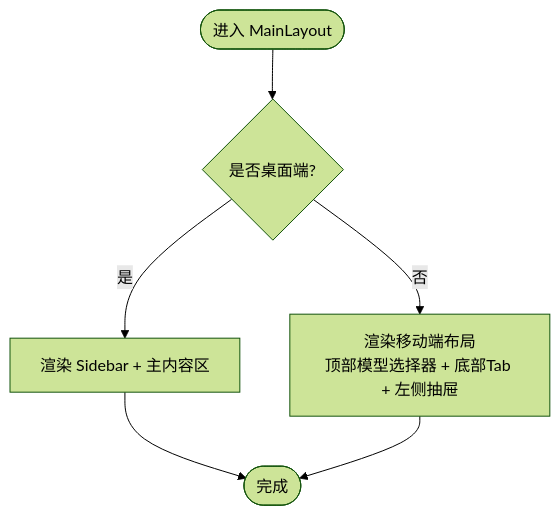
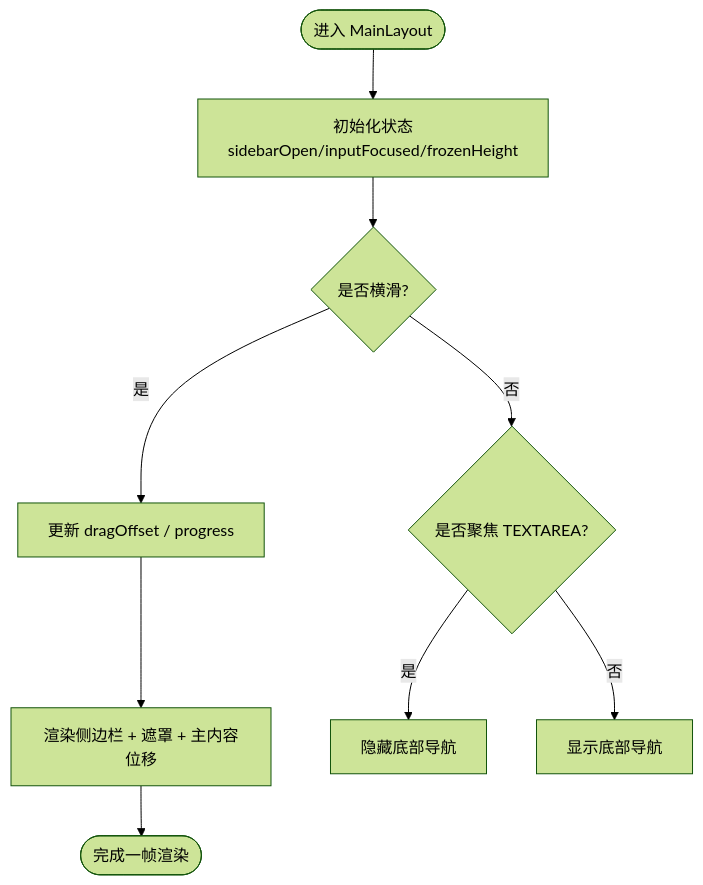
The third of 7 diagrams in .qoder/repowiki/zh/content/核心组件/核心组件.md (billye220670/AIShop), drawn with Mermaid (forest theme) before and after one commit. The commit also changed other lines of this file and 135 other files, not shown here.

````diff
--- a/.qoder/repowiki/zh/content/核心组件/核心组件.md
+++ b/.qoder/repowiki/zh/content/核心组件/核心组件.md
@@ -159,8 +129,11 @@
 ```mermaid
 flowchart TD
-Start(["进入 MainLayout"]) --> CheckDesktop{"是否桌面端?"}
-CheckDesktop --> |是| Desktop["渲染 Sidebar + 主内容区"]
-CheckDesktop --> |否| Mobile["渲染移动端布局<br/>顶部模型选择器 + 底部Tab + 左侧抽屉"]
-Desktop --> End(["完成"])
-Mobile --> End
+Start(["进入 MainLayout"]) --> Init["初始化状态<br/>sidebarOpen/inputFocused/frozenHeight"]
+Init --> Swipe{"是否横滑?"}
+Swipe -- 是 --> Update["更新 dragOffset / progress"]
+Update --> Render["渲染侧边栏 + 遮罩 + 主内容位移"]
+Swipe -- 否 --> CheckInput{"是否聚焦 TEXTAREA?"}
+CheckInput -- 是 --> HideBottom["隐藏底部导航"]
+CheckInput -- 否 --> ShowBottom["显示底部导航"]
+Render --> End(["完成一帧渲染"])
 ```
````
